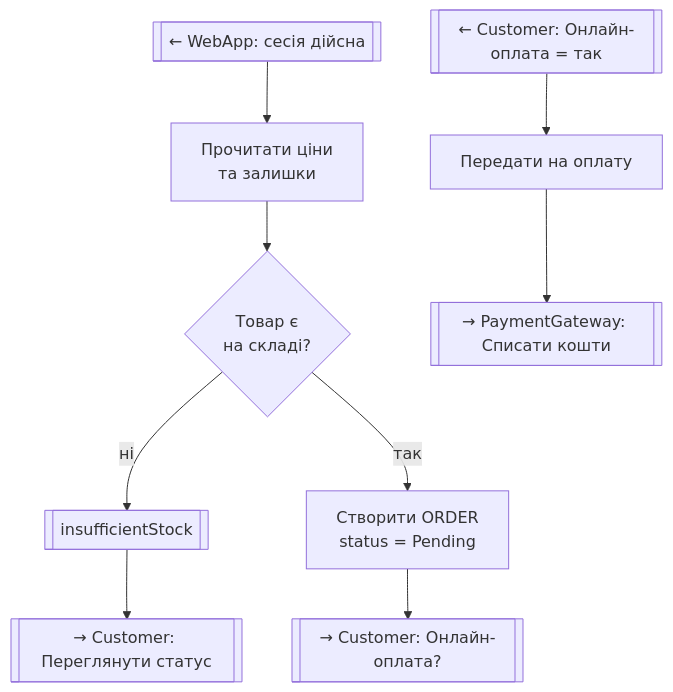
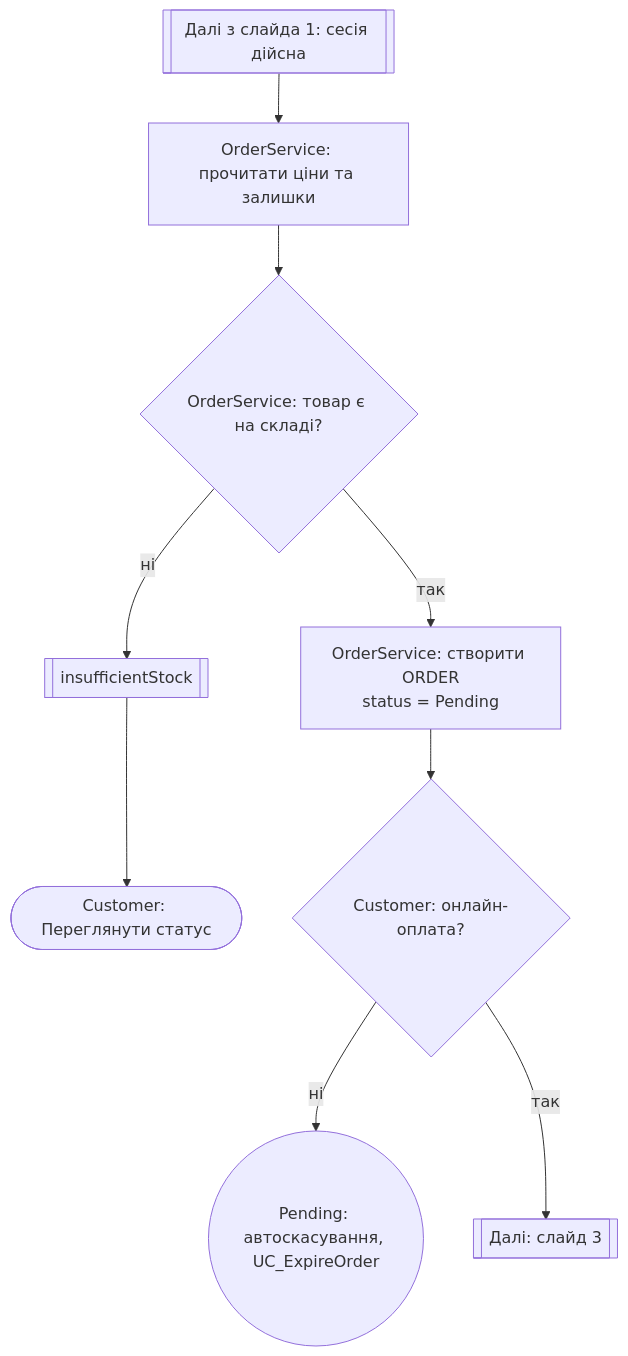
One commit to Stefect/Modeling-and-Analysis-of-Software-Requirements changed the second of 6 diagrams in task-4/activity.md. Above: the diagram before and after it, drawn with Mermaid. The commit also changed other lines of this file and 3 other files, not shown here.

````diff
--- a/task-4/activity.md
+++ b/task-4/activity.md
@@ -40,12 +22,11 @@
 ```mermaid
 flowchart TB
-    O0in[[← WebApp: сесія дійсна]] --> O1[Прочитати ціни<br/>та залишки]
-    O1 --> O2{Товар є<br/>на складі?}
+    IN2[[Далі з слайда 1: сесія дійсна]] --> O1[OrderService: прочитати ціни та залишки]
+    O1 --> O2{OrderService: товар є на складі?}
     O2 -- ні --> O3[[insufficientStock]]
-    O3 --> O3out[[→ Customer: Переглянути статус]]
-    O2 -- так --> O4[Створити ORDER<br/>status = Pending]
-    O4 --> O4out[[→ Customer: Онлайн-оплата?]]
-
-    O10in[[← Customer: Онлайн-оплата = так]] --> O10[Передати на оплату]
-    O10 --> O10out[[→ PaymentGateway: Списати кошти]]
+    O3 --> C3b([Customer: Переглянути статус])
+    O2 -- так --> O4[OrderService: створити ORDER<br/>status = Pending]
+    O4 --> C2{Customer: онлайн-оплата?}
+    C2 -- ні --> PEND((Pending: автоскасування, UC_ExpireOrder))
+    C2 -- так --> NEXT2[[Далі: слайд 3]]
 ```
````
